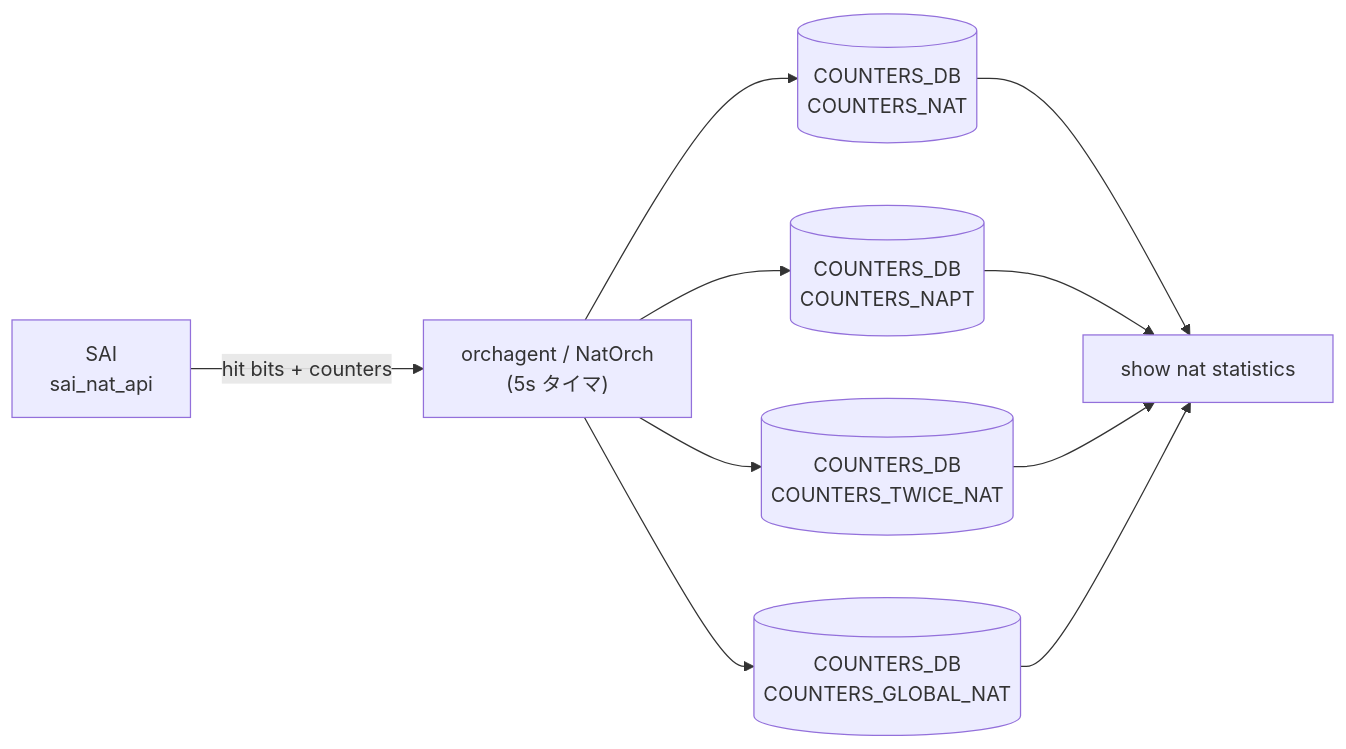
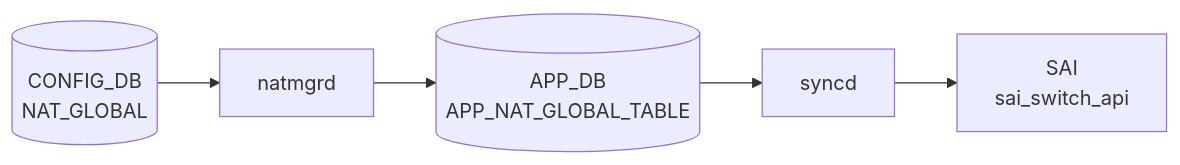
One commit to aoki-taquan/sonic-unofficial-docs changed the diagram in docs/reference/config-db/nat-counters.md. Above: the diagram before and after it, drawn with Mermaid. The commit also changed other lines of this file and 359 other files, not shown here.

````diff
--- a/docs/reference/config-db/nat-counters.md
+++ b/docs/reference/config-db/nat-counters.md
@@ -43,19 +43,12 @@
 ```mermaid
 flowchart LR
-  SAI["SAI<br/>sai_nat_api"]
-  ORCH["orchagent / NatOrch<br/>(5s タイマ)"]
-  SAI -- "hit bits + counters" --> ORCH
-  COUNTERS_NAT[("COUNTERS_DB<br/>COUNTERS_NAT")]
-  COUNTERS_NAPT[("COUNTERS_DB<br/>COUNTERS_NAPT")]
-  COUNTERS_TWICE_NAT[("COUNTERS_DB<br/>COUNTERS_TWICE_NAT")]
-  COUNTERS_GLOBAL[("COUNTERS_DB<br/>COUNTERS_GLOBAL_NAT")]
-  ORCH --> COUNTERS_NAT
-  ORCH --> COUNTERS_NAPT
-  ORCH --> COUNTERS_TWICE_NAT
-  ORCH --> COUNTERS_GLOBAL
-  CLI["show nat statistics"]
-  COUNTERS_NAT --> CLI
-  COUNTERS_NAPT --> CLI
-  COUNTERS_TWICE_NAT --> CLI
-  COUNTERS_GLOBAL --> CLI
+  CDB[("CONFIG_DB<br/>NAT_GLOBAL")]
+  DM["natmgrd"]
+  CDB --> DM
+  APPDB[("APP_DB<br/>APP_NAT_GLOBAL_TABLE")]
+  DM --> APPDB
+  SYNCD["syncd"]
+  APPDB --> SYNCD
+  SAI["SAI<br/>sai_switch_api"]
+  SYNCD --> SAI
 ```
````
